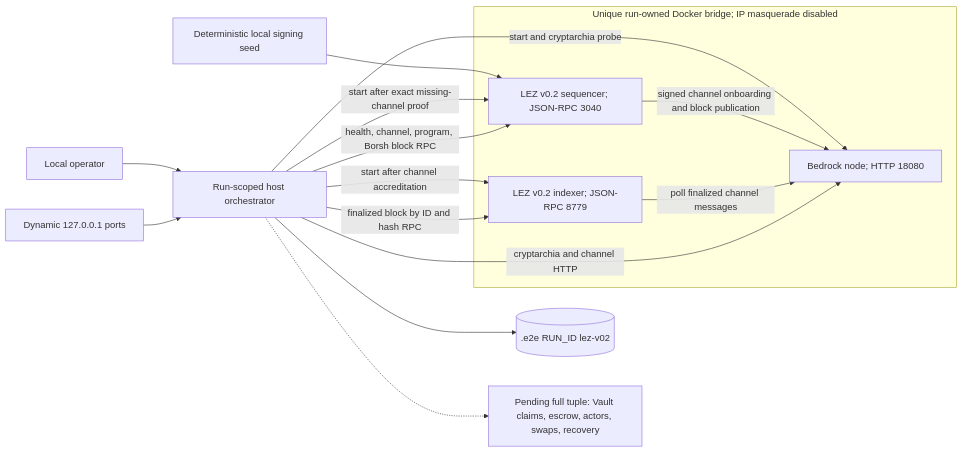
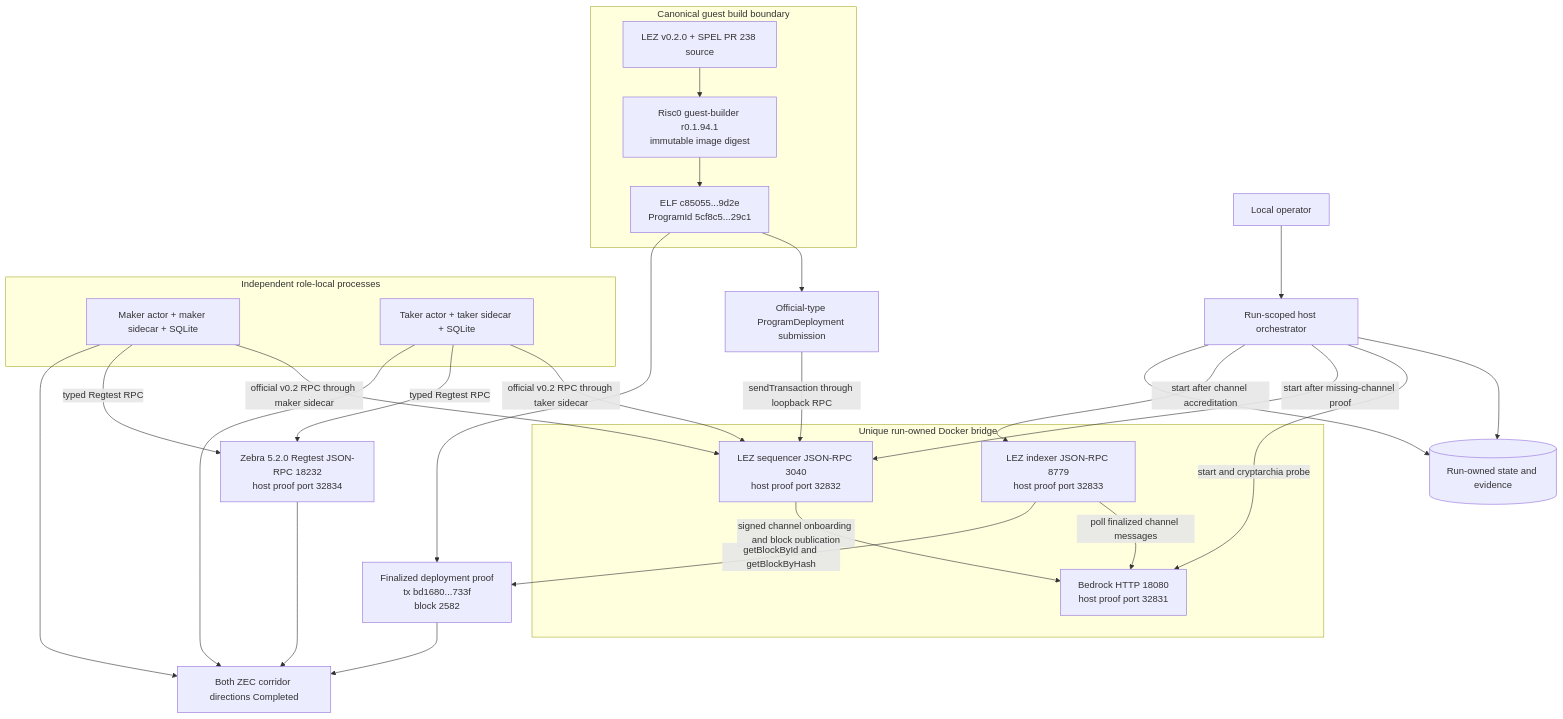
The diagram in docs/architecture/0024-source-audited-lez-v0-2-local-stack.md (gateway-fm/lez-atomic-swaps), drawn with Mermaid before and after one commit. The commit also changed other lines of this file and 21 other files, not shown here.

Commit message:
feat: certify canonical local M2 corridors

````diff
--- a/docs/architecture/0024-source-audited-lez-v0-2-local-stack.md
+++ b/docs/architecture/0024-source-audited-lez-v0-2-local-stack.md
@@ -5,30 +5,51 @@
 ```mermaid
-flowchart LR
+flowchart TB
     Operator["Local operator"]
     Orchestrator["Run-scoped host orchestrator"]
-    State[(".e2e RUN_ID lez-v02")]
-    Key["Deterministic local signing seed"]
+    State[("Run-owned state and evidence")]
 
-    subgraph Bridge["Unique run-owned Docker bridge; IP masquerade disabled"]
-        Bedrock["Bedrock node; HTTP 18080"]
-        Sequencer["LEZ v0.2 sequencer; JSON-RPC 3040"]
-        Indexer["LEZ v0.2 indexer; JSON-RPC 8779"]
+    subgraph BuildBoundary["Canonical guest build boundary"]
+        Source["LEZ v0.2.0 + SPEL PR 238 source"]
+        Builder["Risc0 guest-builder r0.1.94.1<br/>immutable image digest"]
+        Artifact["ELF c85055...9d2e<br/>ProgramId 5cf8c5...29c1"]
     end
 
-    Loopback["Dynamic 127.0.0.1 ports"]
-    Pending["Pending full tuple: Vault claims, escrow, actors, swaps, recovery"]
+    subgraph LocalLez["Unique run-owned Docker bridge"]
+        Bedrock["Bedrock HTTP 18080<br/>host proof port 32831"]
+        Sequencer["LEZ sequencer JSON-RPC 3040<br/>host proof port 32832"]
+        Indexer["LEZ indexer JSON-RPC 8779<br/>host proof port 32833"]
+    end
+
+    subgraph Actors["Independent role-local processes"]
+        Maker["Maker actor + maker sidecar + SQLite"]
+        Taker["Taker actor + taker sidecar + SQLite"]
+    end
+
+    Zebra["Zebra 5.2.0 Regtest JSON-RPC 18232<br/>host proof port 32834"]
+    Deploy["Official-type ProgramDeployment submission"]
+    Deployment["Finalized deployment proof<br/>tx bd1680...733f<br/>block 2582"]
+    Corridor["Both ZEC corridor directions Completed"]
 
     Operator --> Orchestrator
     Orchestrator --> State
-    Key --> Sequencer
+    Source --> Builder
+    Builder --> Artifact
+    Artifact --> Deploy
     Orchestrator -->|"start and cryptarchia probe"| Bedrock
-    Orchestrator -->|"start after exact missing-channel proof"| Sequencer
+    Orchestrator -->|"start after missing-channel proof"| Sequencer
     Sequencer -->|"signed channel onboarding and block publication"| Bedrock
     Orchestrator -->|"start after channel accreditation"| Indexer
     Indexer -->|"poll finalized channel messages"| Bedrock
-    Orchestrator -->|"health, channel, program, Borsh block RPC"| Sequencer
-    Orchestrator -->|"cryptarchia and channel HTTP"| Bedrock
-    Orchestrator -->|"finalized block by ID and hash RPC"| Indexer
-    Loopback --> Orchestrator
-    Orchestrator -.-> Pending
+    Deploy -->|"sendTransaction through loopback RPC"| Sequencer
+    Indexer -->|"getBlockById and getBlockByHash"| Deployment
+    Artifact --> Deployment
+    Maker -->|"official v0.2 RPC through maker sidecar"| Sequencer
+    Taker -->|"official v0.2 RPC through taker sidecar"| Sequencer
+    Maker -->|"typed Regtest RPC"| Zebra
+    Taker -->|"typed Regtest RPC"| Zebra
+    Deployment --> Corridor
+    Maker --> Corridor
+    Taker --> Corridor
+    Zebra --> Corridor
+    Orchestrator --> State
 ```
````
